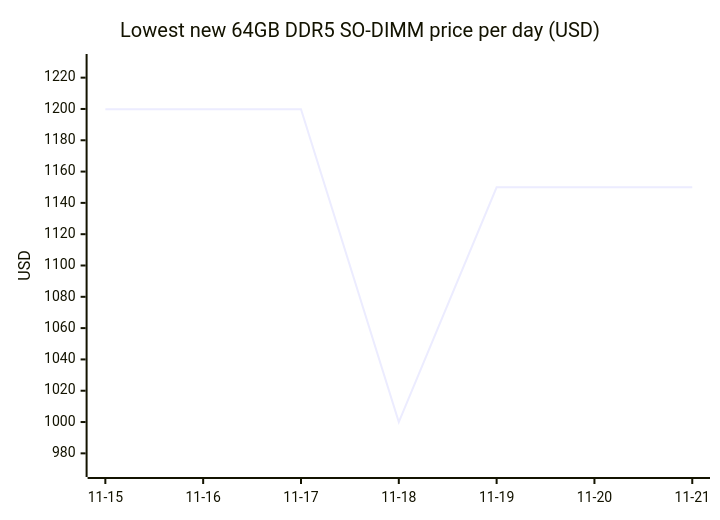
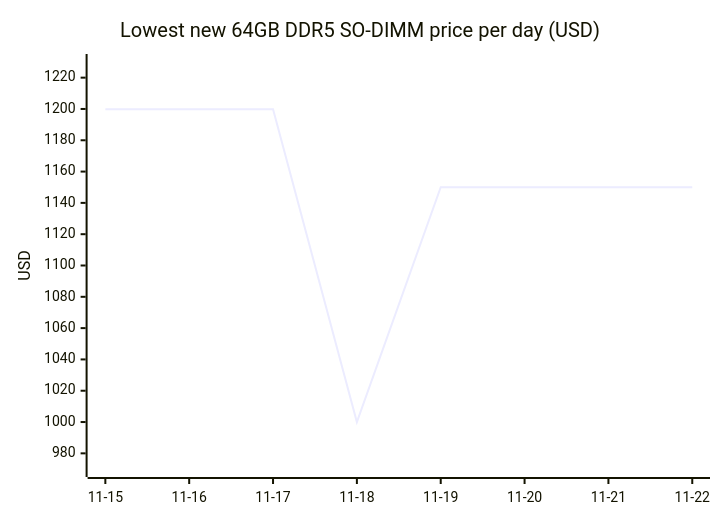
The third of 18 diagrams in README.md (7324136828/4tb_ssd_price_watch), drawn with Mermaid before and after one commit. The commit also changed other lines of this file, not shown here.

````diff
--- a/README.md
+++ b/README.md
@@ -686,7 +712,7 @@
 ```mermaid
 xychart-beta
     title "Lowest new 64GB DDR5 SO-DIMM price per day (USD)"
-    x-axis ["11-15", "11-16", "11-17", "11-18", "11-19", "11-20", "11-21"]
+    x-axis ["11-15", "11-16", "11-17", "11-18", "11-19", "11-20", "11-21", "11-22"]
     y-axis "USD" 970 --> 1230
-    line [1199.89, 1199.89, 1199.89, 1000.00, 1149.99, 1149.99, 1149.99]
+    line [1199.89, 1199.89, 1199.89, 1000.00, 1149.99, 1149.99, 1149.99, 1149.99]
 ```
````
